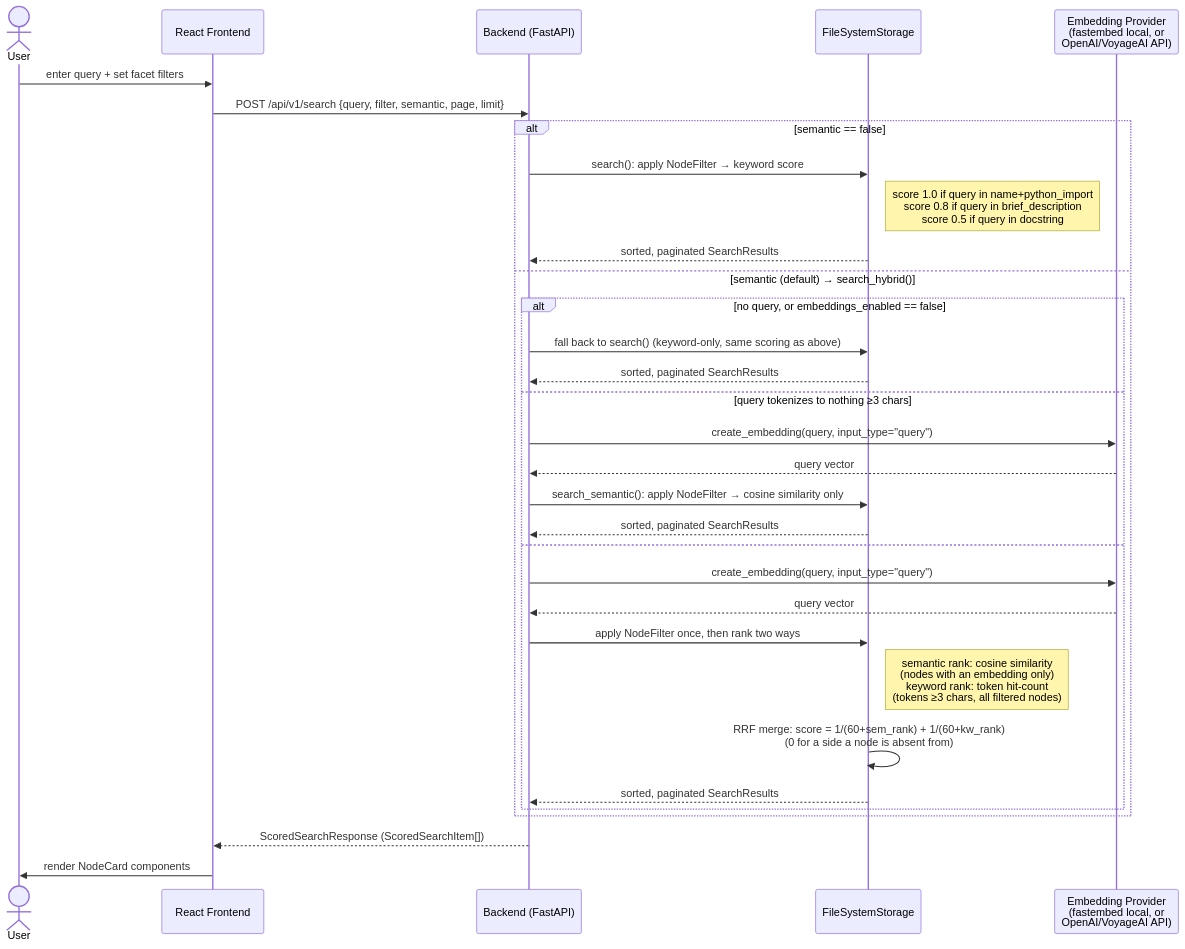
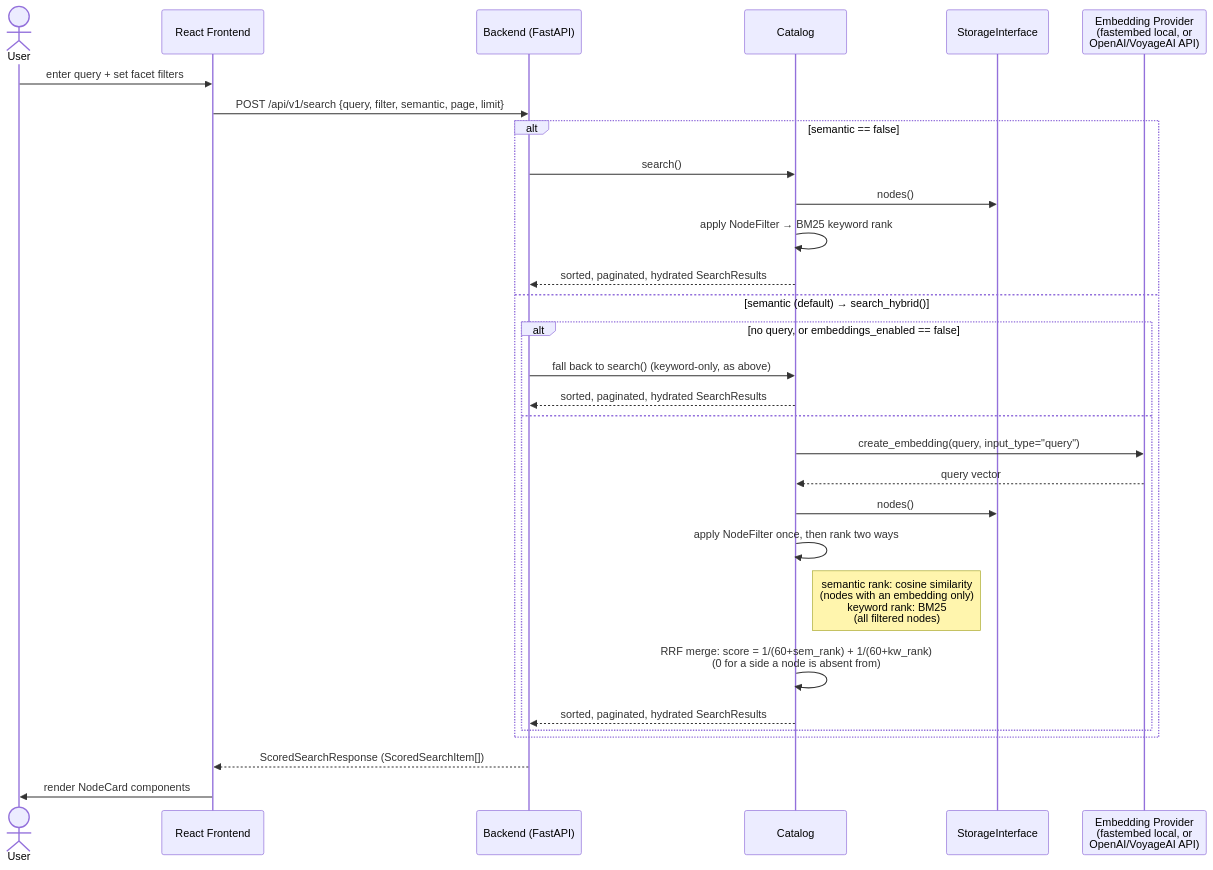
The third of 3 diagrams in docs/architecture.md (XzzX/sim_atlas), drawn with Mermaid before and after one commit. The commit also changed 19 other files, not shown here.

First line of the commit message:
backend: move discovery into a Catalog over persistence-only storage

````diff
--- a/docs/architecture.md
+++ b/docs/architecture.md
@@ -131,35 +131,33 @@
 ```mermaid
 sequenceDiagram
     actor U as User
     participant F as React Frontend
     participant B as Backend (FastAPI)
-    participant S as FileSystemStorage
+    participant C as Catalog
+    participant S as StorageInterface
     participant E as Embedding Provider<br/>(fastembed local, or<br/>OpenAI/VoyageAI API)
 
     U->>F: enter query + set facet filters
     F->>B: POST /api/v1/search {query, filter, semantic, page, limit}
     alt semantic == false
-        B->>S: search(): apply NodeFilter → keyword score
-        Note right of S: score 1.0 if query in name+python_import<br/>score 0.8 if query in brief_description<br/>score 0.5 if query in docstring
-        S-->>B: sorted, paginated SearchResults
+        B->>C: search()
+        C->>S: nodes()
+        C->>C: apply NodeFilter → BM25 keyword rank
+        C-->>B: sorted, paginated, hydrated SearchResults
     else semantic (default) → search_hybrid()
         alt no query, or embeddings_enabled == false
-            B->>S: fall back to search() (keyword-only, same scoring as above)
-            S-->>B: sorted, paginated SearchResults
-        else query tokenizes to nothing ≥3 chars
-            B->>E: create_embedding(query, input_type="query")
-            E-->>B: query vector
-            B->>S: search_semantic(): apply NodeFilter → cosine similarity only
-            S-->>B: sorted, paginated SearchResults
+            B->>C: fall back to search() (keyword-only, as above)
+            C-->>B: sorted, paginated, hydrated SearchResults
         else
-            B->>E: create_embedding(query, input_type="query")
-            E-->>B: query vector
-            B->>S: apply NodeFilter once, then rank two ways
-            Note right of S: semantic rank: cosine similarity<br/>(nodes with an embedding only)<br/>keyword rank: token hit-count<br/>(tokens ≥3 chars, all filtered nodes)
-            S->>S: RRF merge: score = 1/(60+sem_rank) + 1/(60+kw_rank)<br/>(0 for a side a node is absent from)
-            S-->>B: sorted, paginated SearchResults
+            C->>E: create_embedding(query, input_type="query")
+            E-->>C: query vector
+            C->>S: nodes()
+            C->>C: apply NodeFilter once, then rank two ways
+            Note right of C: semantic rank: cosine similarity<br/>(nodes with an embedding only)<br/>keyword rank: BM25<br/>(all filtered nodes)
+            C->>C: RRF merge: score = 1/(60+sem_rank) + 1/(60+kw_rank)<br/>(0 for a side a node is absent from)
+            C-->>B: sorted, paginated, hydrated SearchResults
         end
     end
     B-->>F: ScoredSearchResponse (ScoredSearchItem[])
     F->>U: render NodeCard components
 ```
````
